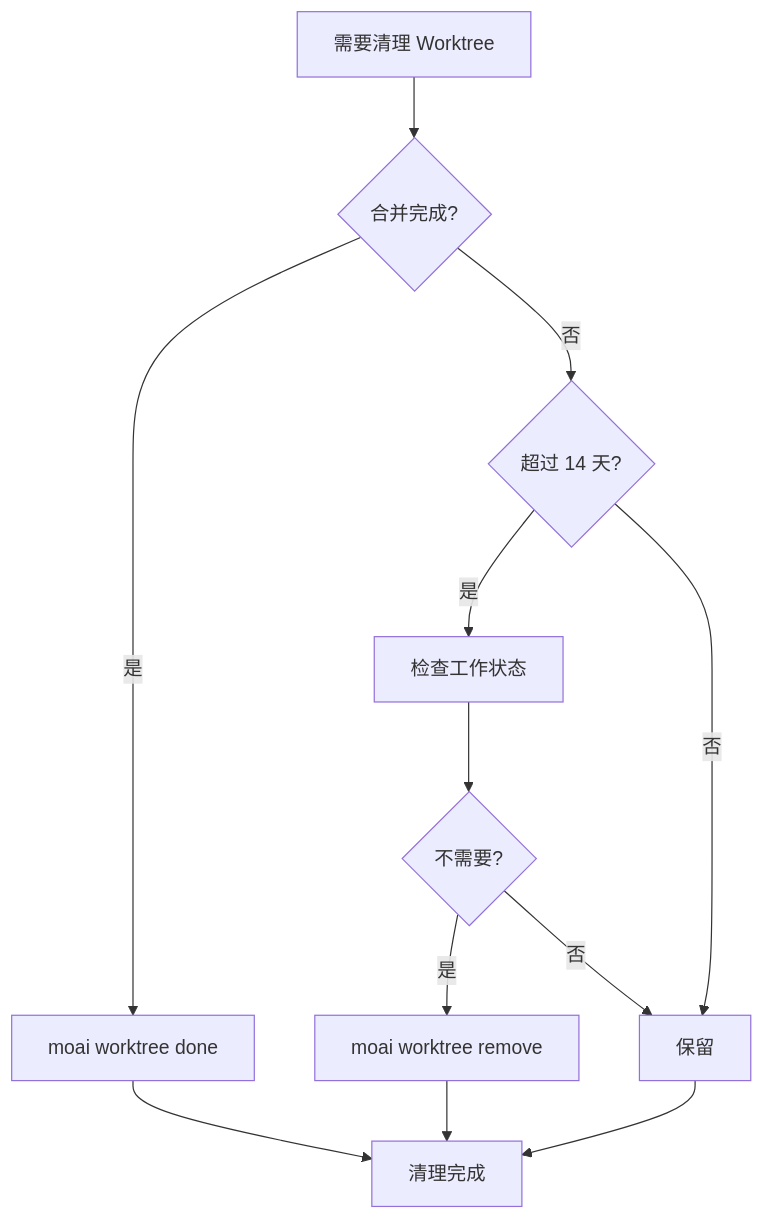
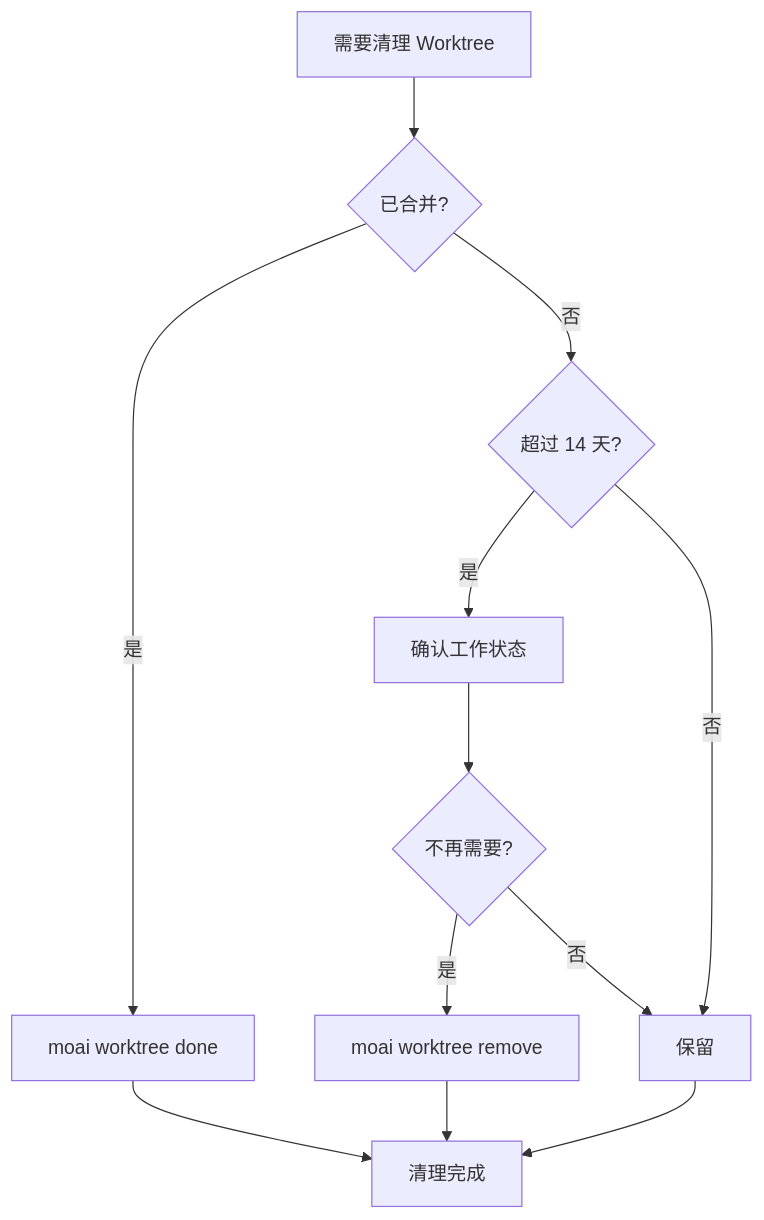
Before and after one commit to modu-ai/moai-adk: the seventh of 9 diagrams in docs-site/content/zh/worktree/faq.md, drawn with Mermaid. The commit also changed other lines of this file and 395 other files, not shown here.

````diff
--- a/docs-site/content/zh/worktree/faq.md
+++ b/docs-site/content/zh/worktree/faq.md
@@ -344,14 +344,14 @@
 ```mermaid
-flowchart TD
-    A[需要清理 Worktree] --> B{合并完成?}
+graph TD
+    A[需要清理 Worktree] --> B{已合并?}
     B -->|是| C[moai worktree done]
     B -->|否| D{超过 14 天?}
-    D -->|是| E[检查工作状态]
+    D -->|是| E[确认工作状态]
     D -->|否| F[保留]
-    E --> G{不需要?}
+    E --> G{不再需要?}
     G -->|是| H[moai worktree remove]
     G -->|否| F
     C --> I[清理完成]
     H --> I
     F --> I
 ```
````
